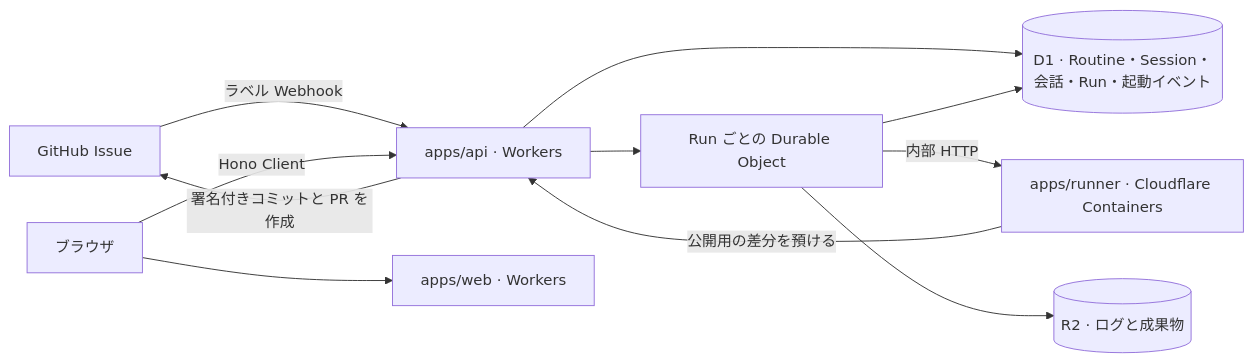
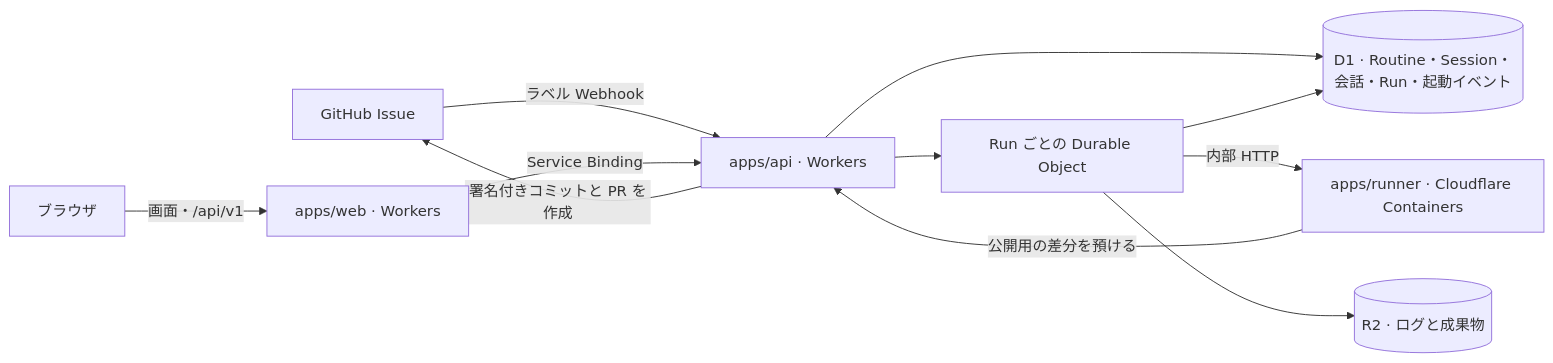
The first of 2 diagrams in docs/design.md (suzuki3jp/tailos), drawn with Mermaid before and after one commit. The commit also changed other lines of this file, not shown here.

Commit message:
docs: update the production web API boundary

````diff
--- a/docs/design.md
+++ b/docs/design.md
@@ -24,13 +24,13 @@
 ```mermaid
 flowchart LR
     GitHub[GitHub Issue] -->|ラベル Webhook| API[apps/api · Workers]
-    Browser[ブラウザ] --> Web[apps/web · Workers]
-    Browser -->|Hono Client| API
+    Browser[ブラウザ] -->|画面・/api/v1| Web[apps/web · Workers]
+    Web -->|Service Binding| API
     API --> D1[(D1 · Routine・Session・会話・Run・起動イベント)]
     API --> DO[Run ごとの Durable Object]
     DO -->|内部 HTTP| Runner[apps/runner · Cloudflare Containers]
     DO --> D1
     DO --> R2[(R2 · ログと成果物)]
     Runner -->|公開用の差分を預ける| API
     API -->|署名付きコミットと PR を作成| GitHub
 ```
````
